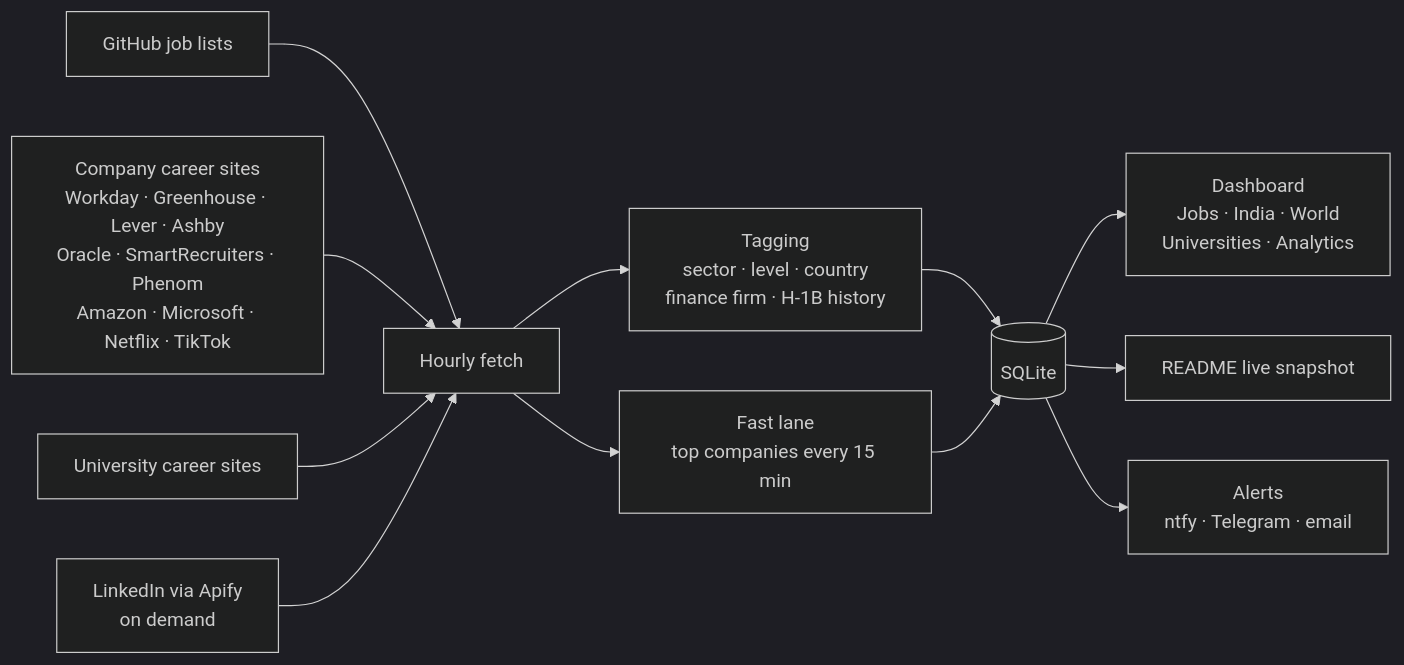
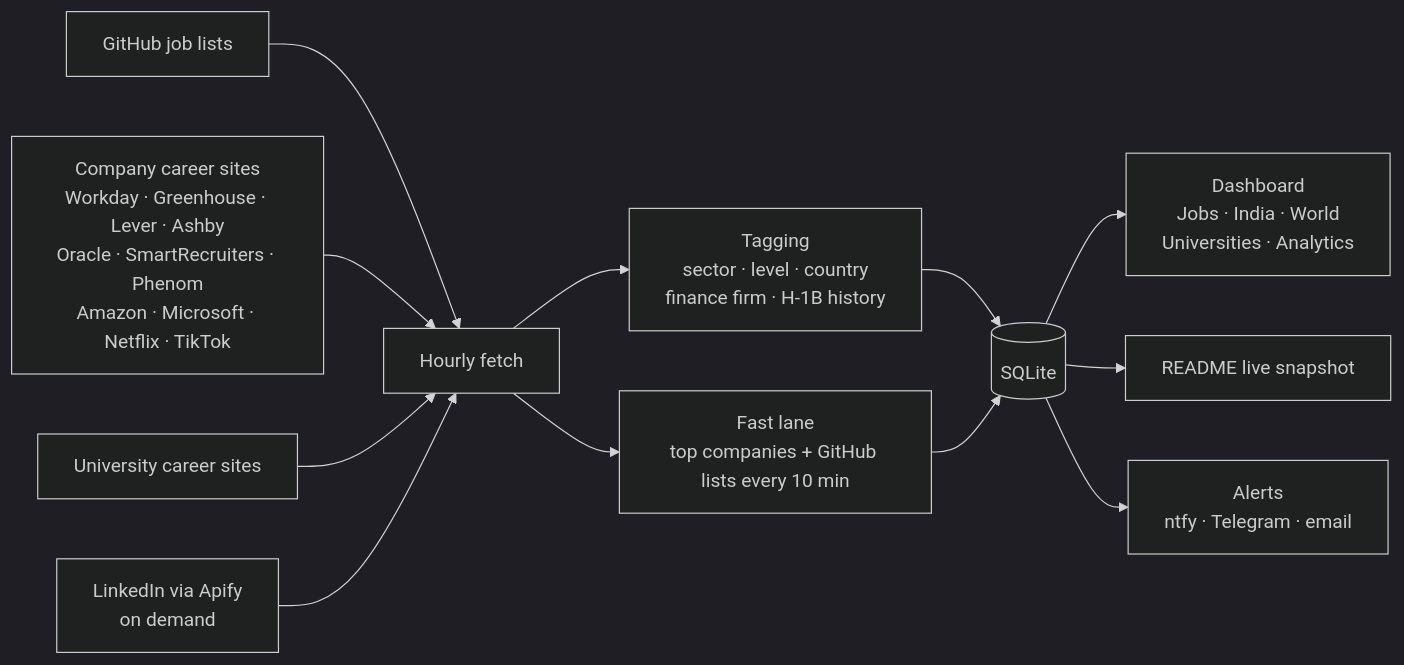
One commit to jai0812/job_portal changed the diagram in README.md. Above: the diagram before and after it, drawn with Mermaid (dark theme). The commit also changed other lines of this file and 5 other files, not shown here.

Commit message:
Fast lane every 10 min incl. GitHub lists, full refresh every 30; page picks up fast-lane finds

````diff
--- a/README.md
+++ b/README.md
@@ -90,14 +90,14 @@
 ```mermaid
 flowchart LR
     A[GitHub job lists] --> F
     B[Company career sites<br/>Workday · Greenhouse · Lever · Ashby<br/>Oracle · SmartRecruiters · Phenom<br/>Amazon · Microsoft · Netflix · TikTok] --> F
     C[University career sites] --> F
     D[LinkedIn via Apify<br/>on demand] --> F
     F[Hourly fetch] --> G[Tagging<br/>sector · level · country<br/>finance firm · H-1B history]
     G --> H[(SQLite)]
     H --> I[Dashboard<br/>Jobs · India · World<br/>Universities · Analytics]
     H --> J[README live snapshot]
-    F --> K[Fast lane<br/>top companies every 15 min]
+    F --> K[Fast lane<br/>top companies + GitHub lists every 10 min]
     K --> H
     H --> L[Alerts<br/>ntfy · Telegram · email]
 ```
````
